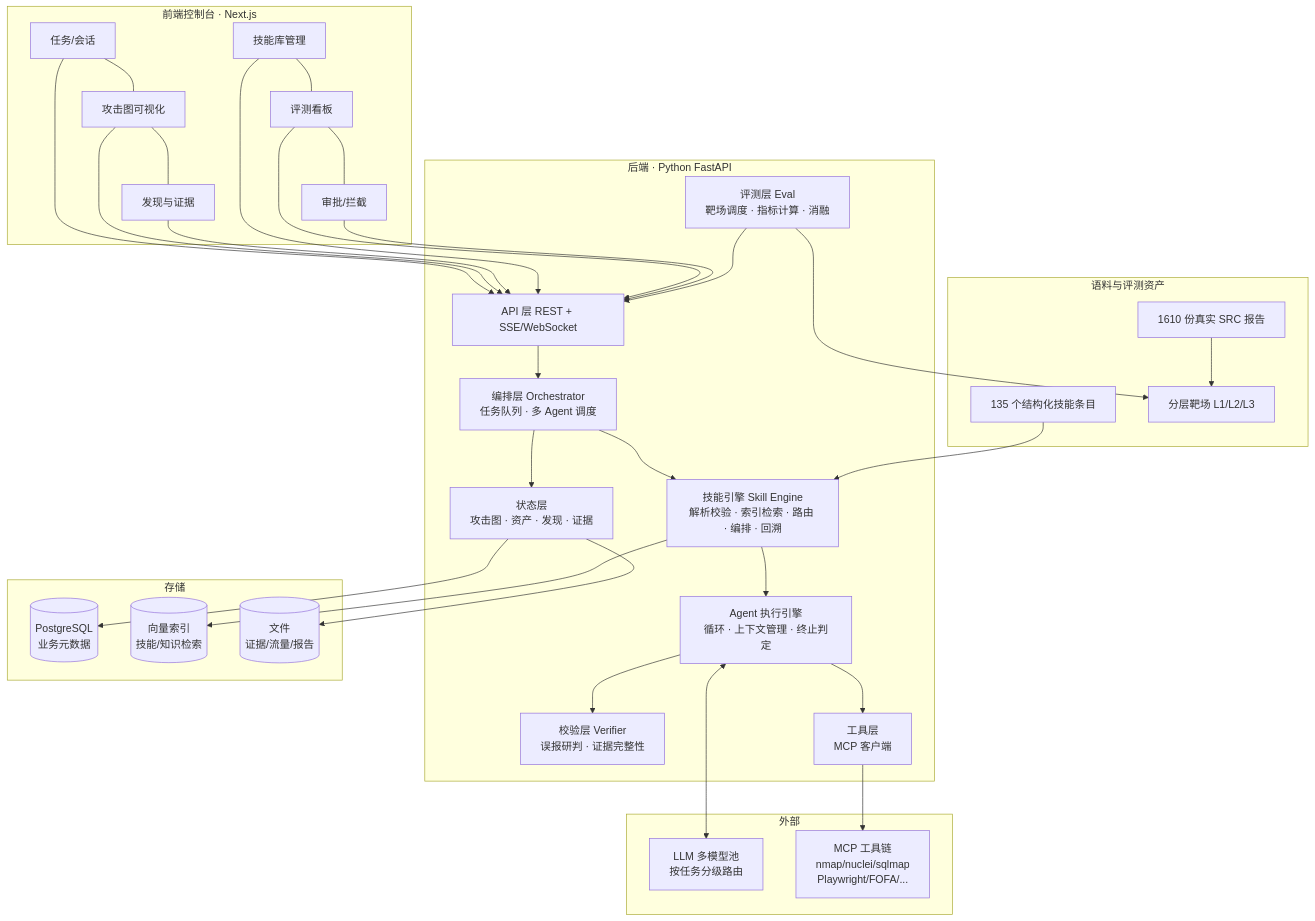
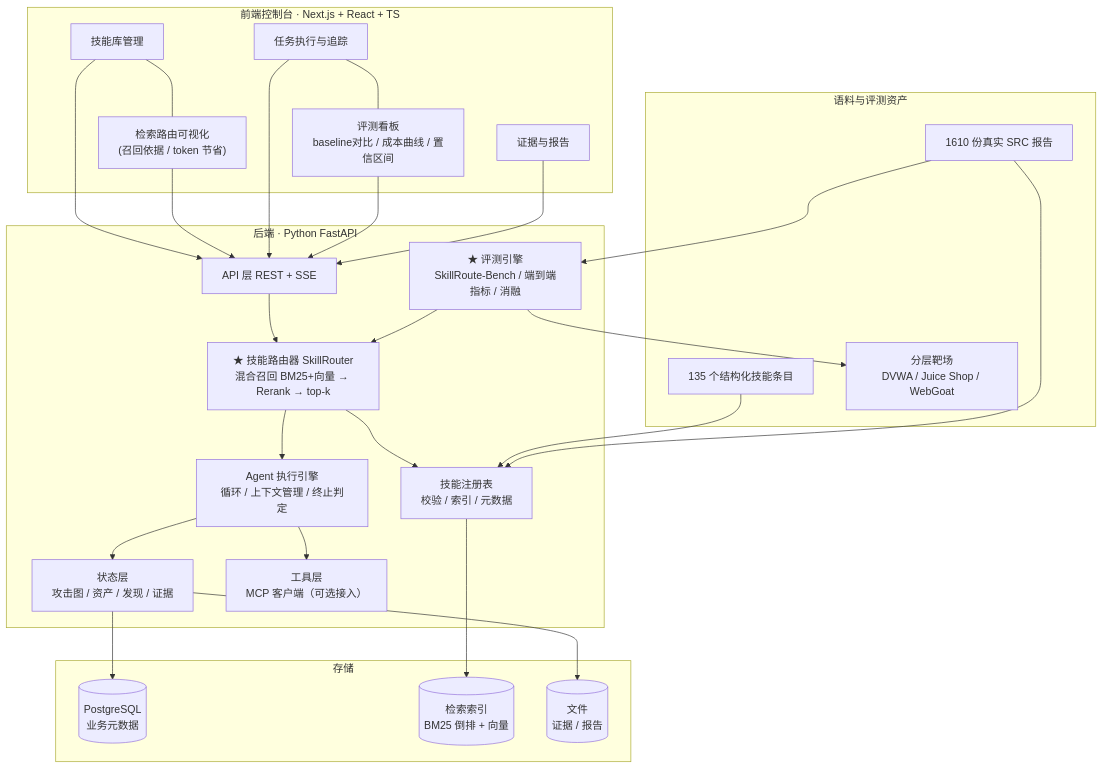
The diagram in docs/开题报告.md (hiiragiharudo/Hiive), drawn with Mermaid before and after one commit. The commit also changed other lines of this file and 5 other files, not shown here.

````diff
--- a/docs/开题报告.md
+++ b/docs/开题报告.md
@@ -202,48 +207,43 @@
 ```mermaid
 flowchart TB
-    subgraph FE["前端控制台 · Next.js"]
-        UI1[任务/会话] --- UI2[攻击图可视化] --- UI3[发现与证据]
-        UI4[技能库管理] --- UI5[评测看板] --- UI6[审批/拦截]
+    subgraph FE["前端控制台 · Next.js + React + TS"]
+        UI1[技能库管理] --- UI2["检索路由可视化<br/>(召回依据 / token 节省)"]
+        UI3[任务执行与追踪] --- UI4[评测看板<br/>baseline对比 / 成本曲线 / 置信区间]
+        UI5[证据与报告]
     end
 
     subgraph BE["后端 · Python FastAPI"]
-        API[API 层 REST + SSE/WebSocket]
-        ORCH[编排层 Orchestrator<br/>任务队列 · 多 Agent 调度]
-        SKILL[技能引擎 Skill Engine<br/>解析校验 · 索引检索 · 路由 · 编排 · 回溯]
-        AGENT[Agent 执行引擎<br/>循环 · 上下文管理 · 终止判定]
-        VERIFY[校验层 Verifier<br/>误报研判 · 证据完整性]
-        EVAL[评测层 Eval<br/>靶场调度 · 指标计算 · 消融]
-        STATE[状态层<br/>攻击图 · 资产 · 发现 · 证据]
-        TOOLS[工具层<br/>MCP 客户端]
-    end
-
-    subgraph EXT["外部"]
-        LLM[LLM 多模型池<br/>按任务分级路由]
-        MCP[MCP 工具链<br/>nmap/nuclei/sqlmap<br/>Playwright/FOFA/...]
+        API[API 层 REST + SSE]
+        ROUTER["★ 技能路由器 SkillRouter<br/>混合召回 BM25+向量 → Rerank → top-k"]
+        AGENT[Agent 执行引擎<br/>循环 / 上下文管理 / 终止判定]
+        SKILLREG[技能注册表<br/>校验 / 索引 / 元数据]
+        EVAL["★ 评测引擎<br/>SkillRoute-Bench / 端到端指标 / 消融"]
+        STATE[状态层<br/>攻击图 / 资产 / 发现 / 证据]
+        TOOLS[工具层<br/>MCP 客户端（可选接入）]
     end
 
     subgraph STORE["存储"]
         PG[(PostgreSQL<br/>业务元数据)]
-        VEC[(向量索引<br/>技能/知识检索)]
-        FS[(文件<br/>证据/流量/报告)]
+        IDX[(检索索引<br/>BM25 倒排 + 向量)]
+        FS[(文件<br/>证据 / 报告)]
     end
 
-    subgraph DATA["语料与评测资产"]
+    subgraph CORPUS["语料与评测资产"]
         SK[135 个结构化技能条目]
         RP[1610 份真实 SRC 报告]
-        LAB[分层靶场 L1/L2/L3]
+        LAB["分层靶场<br/>DVWA / Juice Shop / WebGoat"]
     end
 
-    UI1 & UI2 & UI3 & UI4 & UI5 & UI6 --> API
-    API --> ORCH
-    ORCH --> SKILL --> AGENT --> TOOLS --> MCP
-    AGENT --> VERIFY
-    ORCH --> STATE
-    AGENT <--> LLM
+    UI1 & UI2 & UI3 & UI4 & UI5 --> API
+    API --> ROUTER
+    ROUTER --> SKILLREG
+    ROUTER --> AGENT
+    AGENT --> TOOLS
+    AGENT --> STATE
+    EVAL --> ROUTER
     EVAL --> LAB
+    SKILLREG --> IDX
     STATE --> PG & FS
-    SKILL --> VEC
-    SK --> SKILL
-    RP --> LAB
-    EVAL --> API
+    SK & RP --> SKILLREG
+    RP --> EVAL
 ```
````
